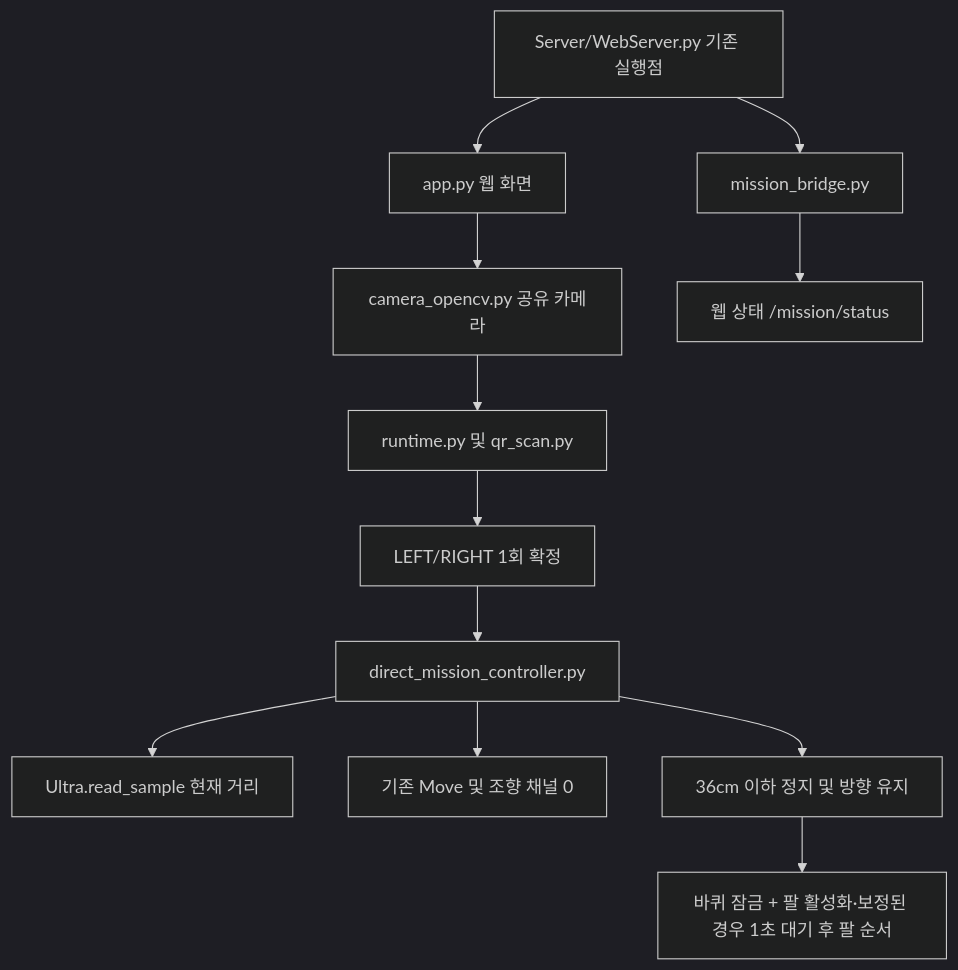
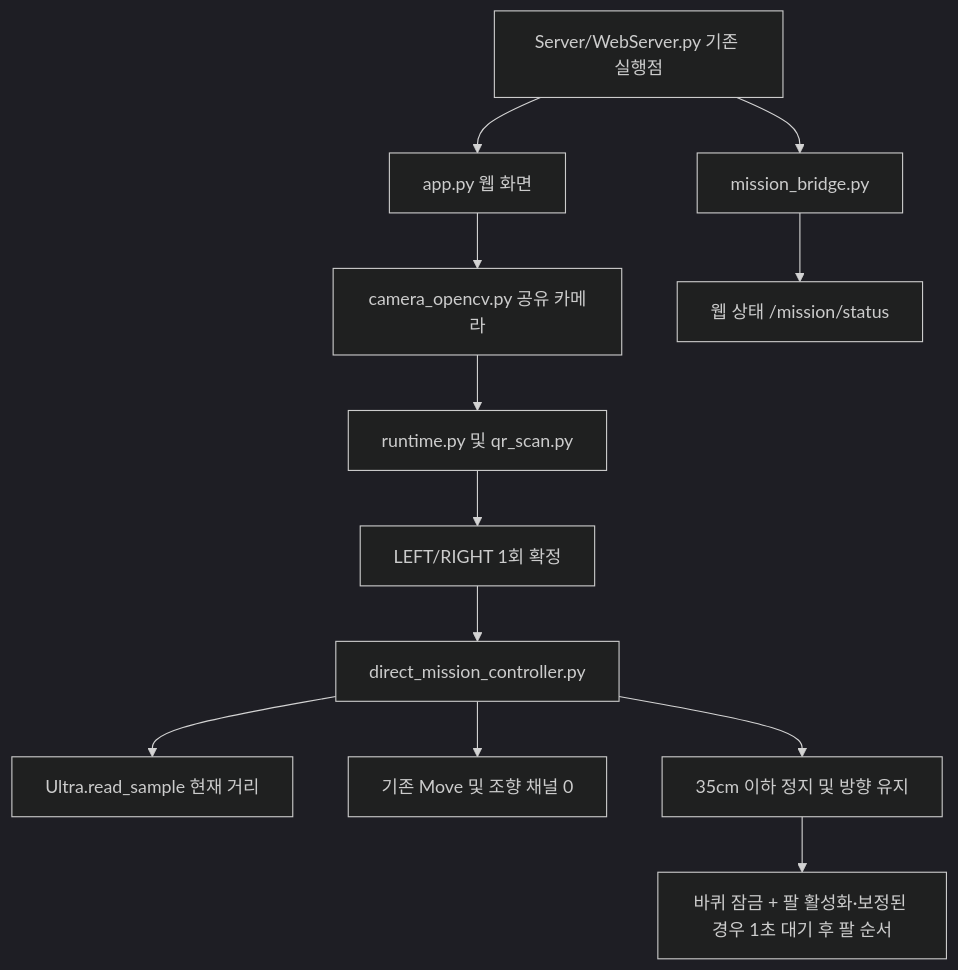
One commit to goldpiggg/picar changed the diagram in README.md. Above: the diagram before and after it, drawn with Mermaid (dark theme). The commit also changed other lines of this file and 12 other files, not shown here.

````diff
--- a/README.md
+++ b/README.md
@@ -26,14 +26,14 @@
 ```mermaid
 flowchart TD
     W[Server/WebServer.py 기존 실행점] --> B[mission_bridge.py]
     W --> A[app.py 웹 화면]
     A --> C[camera_opencv.py 공유 카메라]
     C --> Q[runtime.py 및 qr_scan.py]
     Q --> R[LEFT/RIGHT 1회 확정]
     R --> D[direct_mission_controller.py]
     D --> U[Ultra.read_sample 현재 거리]
     D --> M[기존 Move 및 조향 채널 0]
-    D --> S[36cm 이하 정지 및 방향 유지]
+    D --> S[35cm 이하 정지 및 방향 유지]
     S --> H[바퀴 잠금 + 팔 활성화·보정된 경우 1초 대기 후 팔 순서]
     B --> P[웹 상태 /mission/status]
 ```
````
